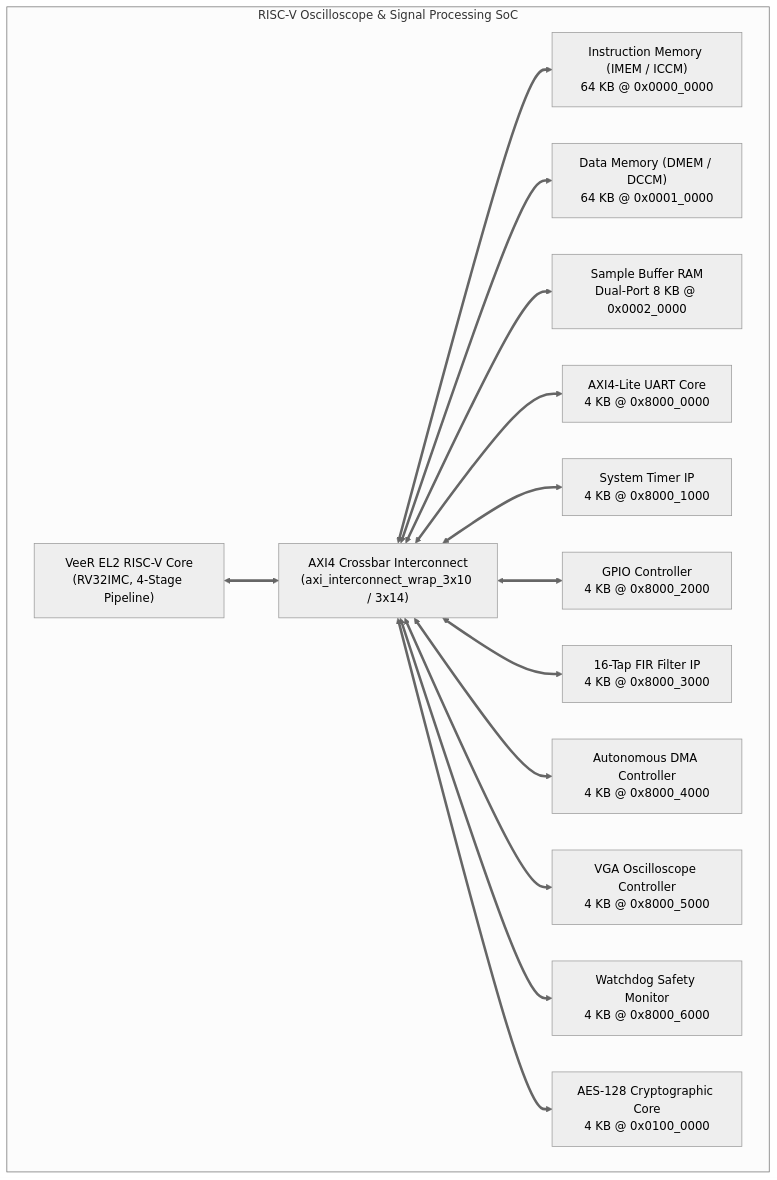
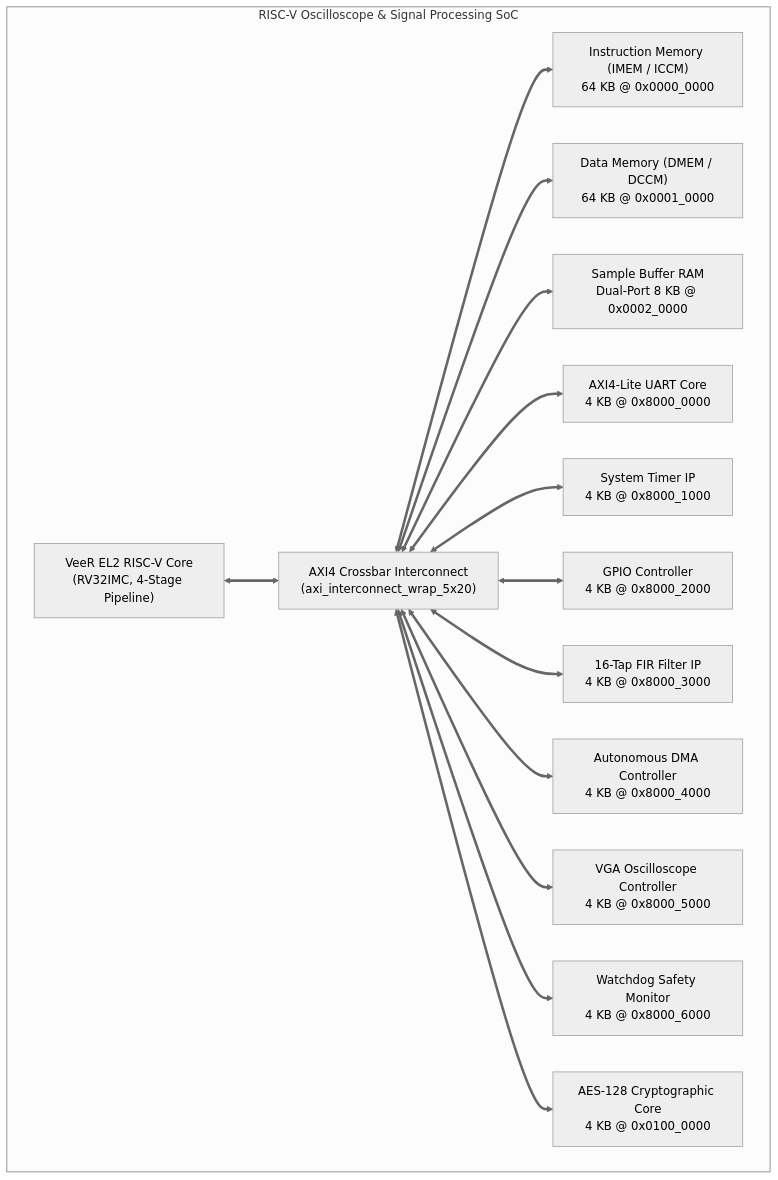
Before and after one commit to Sasmonk/honours_project_soc: the first of 5 diagrams in README.md, drawn with Mermaid (neutral theme). The commit also changed other lines of this file and 9 other files, not shown here.

````diff
--- a/README.md
+++ b/README.md
@@ -80,33 +80,33 @@
 ```mermaid
 flowchart TB
     subgraph SOC["RISC-V Oscilloscope & Signal Processing SoC"]
         CPU["VeeR EL2 RISC-V Core<br/>(RV32IMC, 4-Stage Pipeline)"]
-        BUS["AXI4 Crossbar Interconnect<br/>(axi_interconnect_wrap_3x10 / 3x14)"]
+        BUS["AXI4 Crossbar Interconnect<br/>(axi_interconnect_wrap_5x20)"]
         
         IMEM["Instruction Memory (IMEM / ICCM)<br/>64 KB @ 0x0000_0000"]
         DMEM["Data Memory (DMEM / DCCM)<br/>64 KB @ 0x0001_0000"]
         SBUF["Sample Buffer RAM<br/>Dual-Port 8 KB @ 0x0002_0000"]
         
         UART["AXI4-Lite UART Core<br/>4 KB @ 0x8000_0000"]
         TIMER["System Timer IP<br/>4 KB @ 0x8000_1000"]
         GPIO["GPIO Controller<br/>4 KB @ 0x8000_2000"]
         FIR["16-Tap FIR Filter IP<br/>4 KB @ 0x8000_3000"]
         DMA["Autonomous DMA Controller<br/>4 KB @ 0x8000_4000"]
         VGA["VGA Oscilloscope Controller<br/>4 KB @ 0x8000_5000"]
         WDT["Watchdog Safety Monitor<br/>4 KB @ 0x8000_6000"]
         AES["AES-128 Cryptographic Core<br/>4 KB @ 0x0100_0000"]
 
         CPU <==> BUS
         BUS <==> IMEM
         BUS <==> DMEM
         BUS <==> SBUF
         BUS <==> UART
         BUS <==> TIMER
         BUS <==> GPIO
         BUS <==> FIR
         BUS <==> DMA
         BUS <==> VGA
         BUS <==> WDT
         BUS <==> AES
     end
 ```
````
